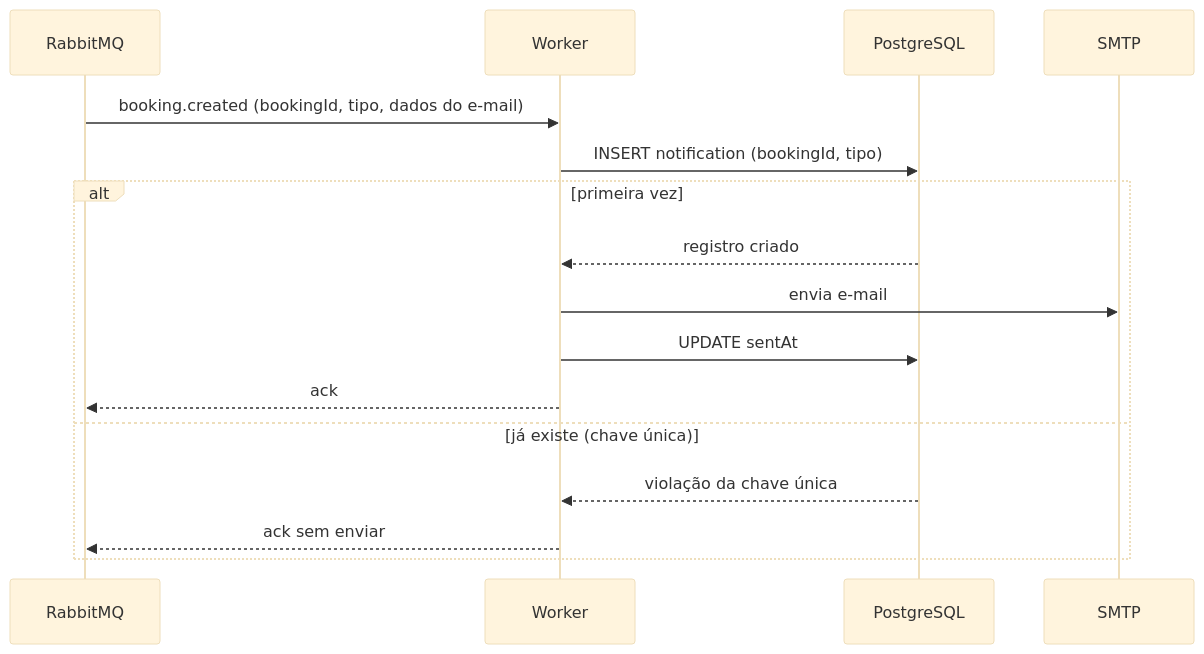
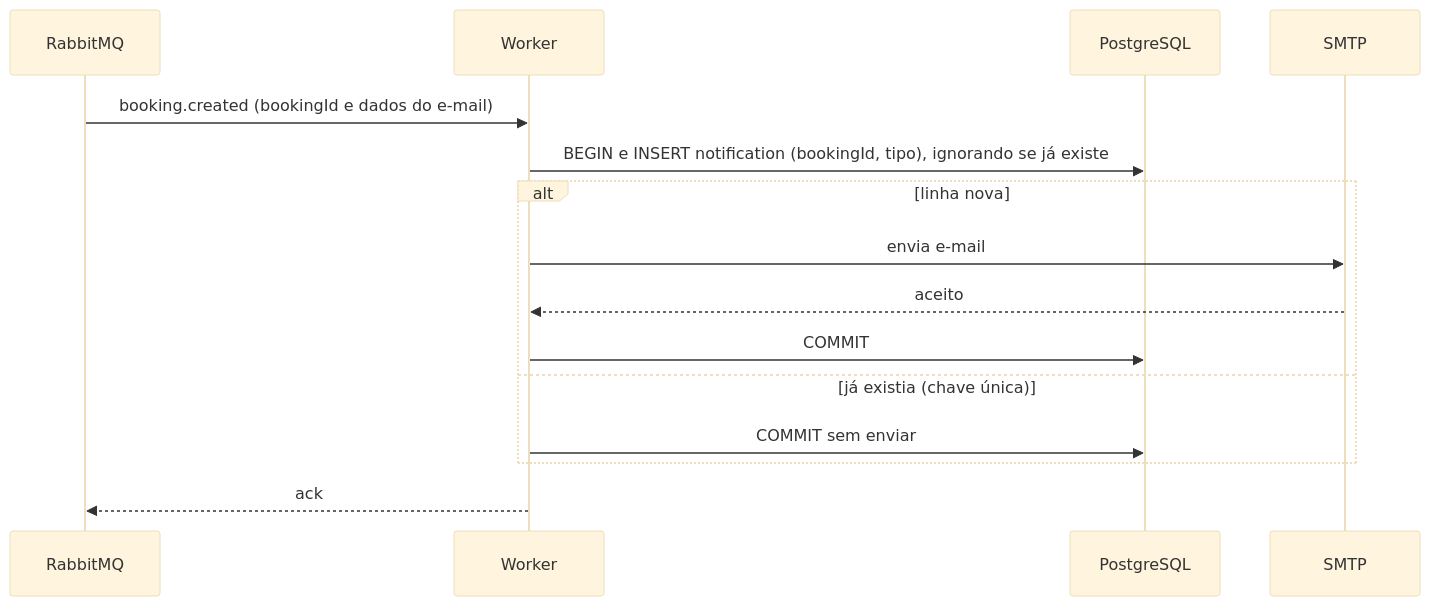
Before and after one commit to AlbertoGRB/agendei: the sixth of 6 diagrams in docs/02-arquitetura.md, drawn with Mermaid (base theme). The commit also changed other lines of this file and 22 other files, not shown here.

````diff
--- a/docs/02-arquitetura.md
+++ b/docs/02-arquitetura.md
@@ -221,18 +221,17 @@
 ```mermaid
 sequenceDiagram
   participant Q as RabbitMQ
   participant K as Worker
   participant DB as PostgreSQL
   participant M as SMTP
-  Q->>K: booking.created (bookingId, tipo, dados do e-mail)
-  K->>DB: INSERT notification (bookingId, tipo)
-  alt primeira vez
-    DB-->>K: registro criado
+  Q->>K: booking.created (bookingId e dados do e-mail)
+  K->>DB: BEGIN e INSERT notification (bookingId, tipo), ignorando se já existe
+  alt linha nova
     K->>M: envia e-mail
-    K->>DB: UPDATE sentAt
-    K-->>Q: ack
-  else já existe (chave única)
-    DB-->>K: violação da chave única
-    K-->>Q: ack sem enviar
+    M-->>K: aceito
+    K->>DB: COMMIT
+  else já existia (chave única)
+    K->>DB: COMMIT sem enviar
   end
+  K-->>Q: ack
 ```
````
